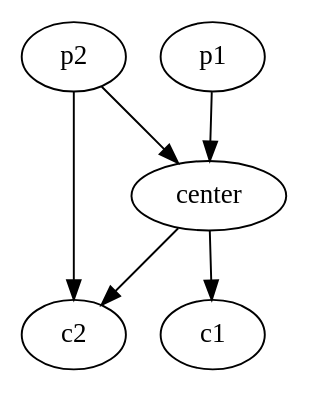
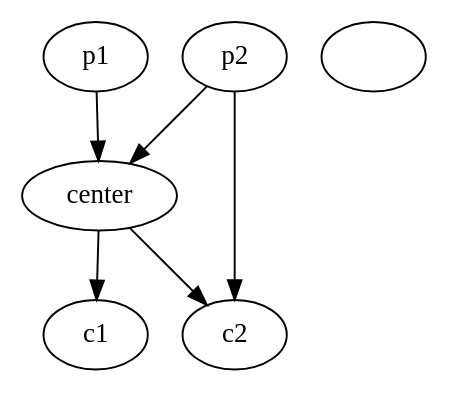
One commit to rrtucci/JudeasRx changed the diagram in examples_cbnets/dag2.dot. Above: the diagram before and after it, drawn with Graphviz. The commit also changed 12 other files, not shown here.

Commit message:
gave Graph, Dag and BayesNet a __deepcopy__

```diff
--- a/examples_cbnets/dag2.dot
+++ b/examples_cbnets/dag2.dot
@@ -1,12 +1,13 @@
 strict digraph  {
+c1;
+p1;
+center;
 c2;
-center;
-c1;
 p2;
-p1;
+"\n";
+p1 -> center;
+center -> c2;
 center -> c1;
-center -> c2;
+p2 -> c2;
 p2 -> center;
-p2 -> c2;
-p1 -> center;
 }
```
